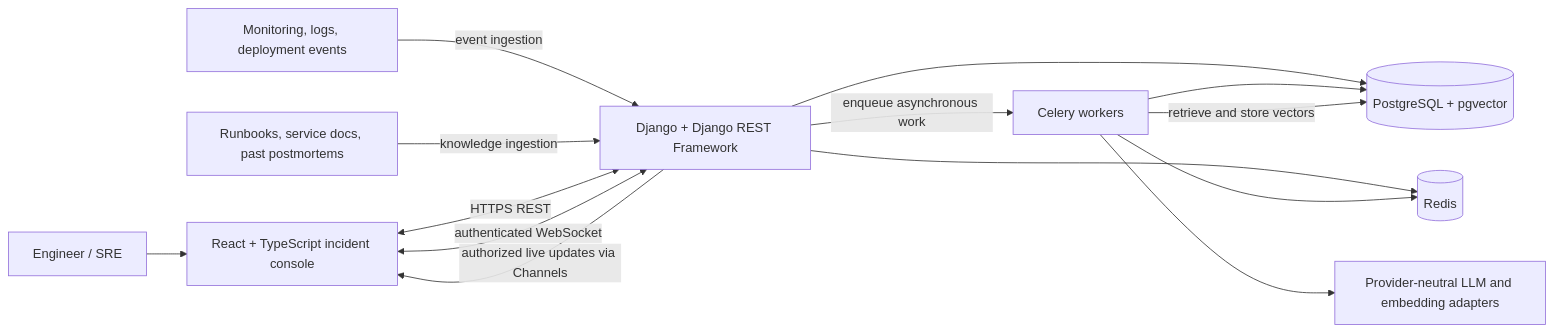
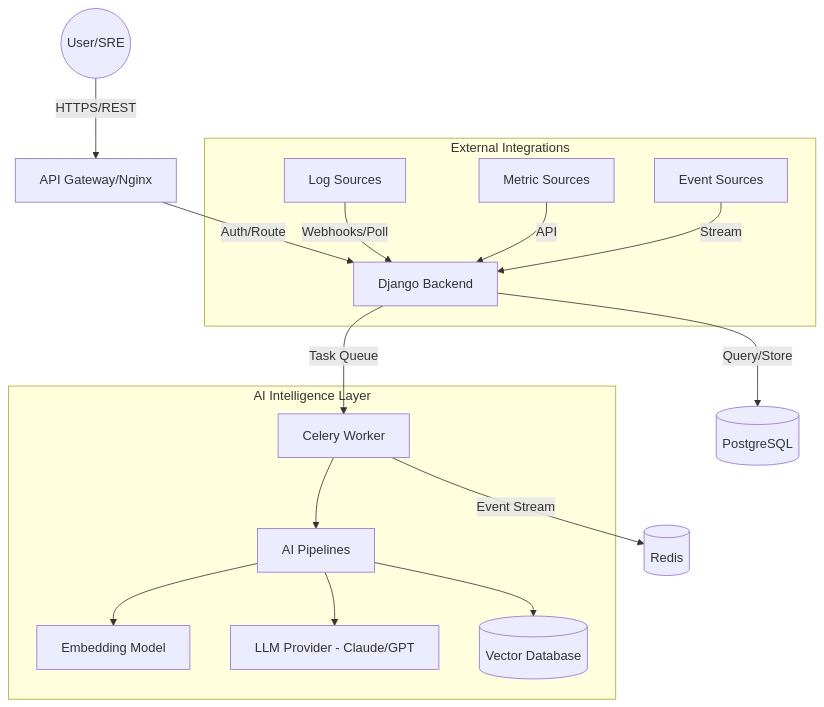
One commit to mburu1/OpsPilot-AI changed the diagram in docs/architecture/system-architecture.md. Above: the diagram before and after it, drawn with Mermaid. The commit also changed other lines of this file and 8 other files, not shown here.

Commit message:
docs: generate comprehensive mermaid diagrams for architecture, ooad, uml, database and ai

````diff
--- a/docs/architecture/system-architecture.md
+++ b/docs/architecture/system-architecture.md
@@ -7,25 +6,21 @@
 ```mermaid
-flowchart LR
-    Engineer[Engineer / SRE]
-    Sources[Monitoring, logs, deployment events]
-    Docs[Runbooks, service docs, past postmortems]
-    UI[React + TypeScript incident console]
-    API[Django + Django REST Framework]
-    DB[(PostgreSQL + pgvector)]
-    Redis[(Redis)]
-    Workers[Celery workers]
-    AI[Provider-neutral LLM and embedding adapters]
-    Engineer --> UI
-    Sources -->|event ingestion| API
-    Docs -->|knowledge ingestion| API
-    UI <-->|HTTPS REST| API
-    UI <-->|authenticated WebSocket| API
-    API --> DB
-    API --> Redis
-    API -->|enqueue asynchronous work| Workers
-    Workers --> DB
-    Workers --> Redis
-    Workers --> AI
-    Workers -->|retrieve and store vectors| DB
-    API -->|authorized live updates via Channels| UI
+graph TD
+    User((User/SRE)) -->|HTTPS/REST| Gateway[API Gateway/Nginx]
+    Gateway -->|Auth/Route| Backend[Django Backend]
+    Backend -->|Query/Store| DB[(PostgreSQL)]
+    Backend -->|Task Queue| Celery[Celery Worker]
+    Celery -->|Event Stream| Redis[(Redis)]
+    
+    subgraph AI_Engine [AI Intelligence Layer]
+        Celery --> AI_Pipeline[AI Pipelines]
+        AI_Pipeline --> Embeddings[Embedding Model]
+        AI_Pipeline --> LLM[LLM Provider - Claude/GPT]
+        AI_Pipeline --> VectorDB[(Vector Database)]
+    end
+    
+    subgraph Data_Sources [External Integrations]
+        LogSources[Log Sources] -->|Webhooks/Poll| Backend
+        MetricSources[Metric Sources] -->|API| Backend
+        EventSources[Event Sources] -->|Stream| Backend
+    end
 ```
````
